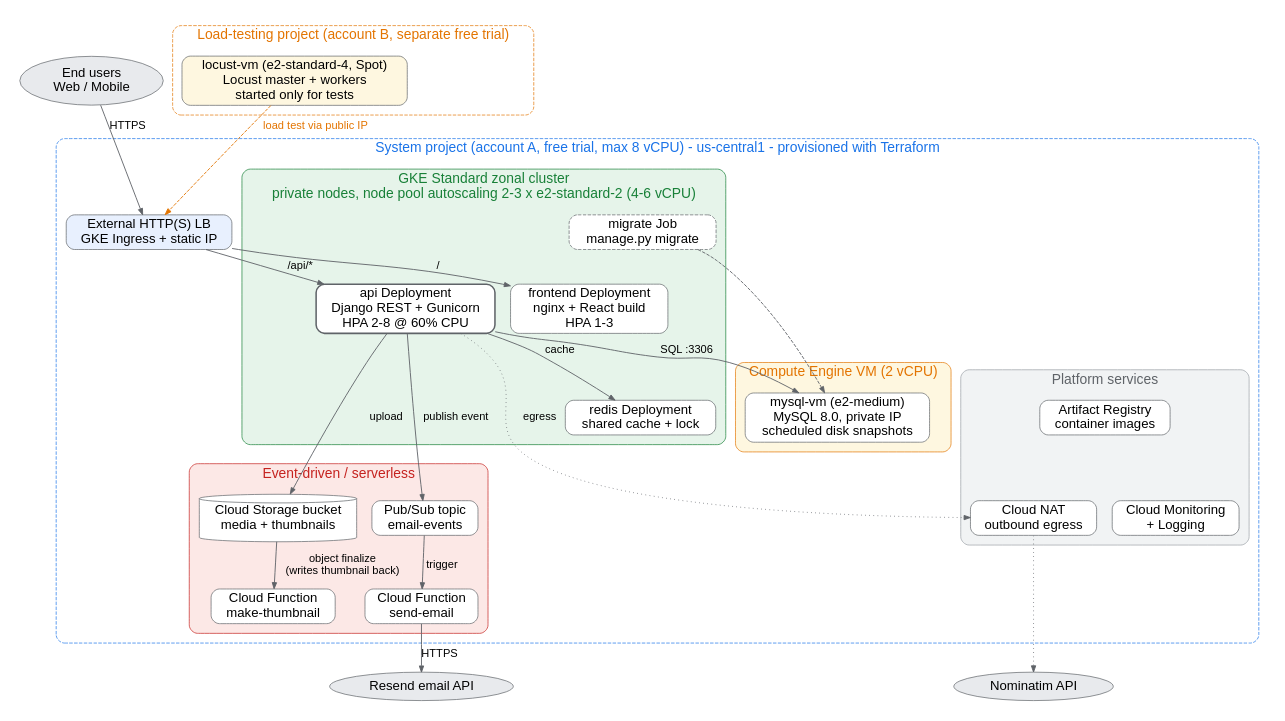
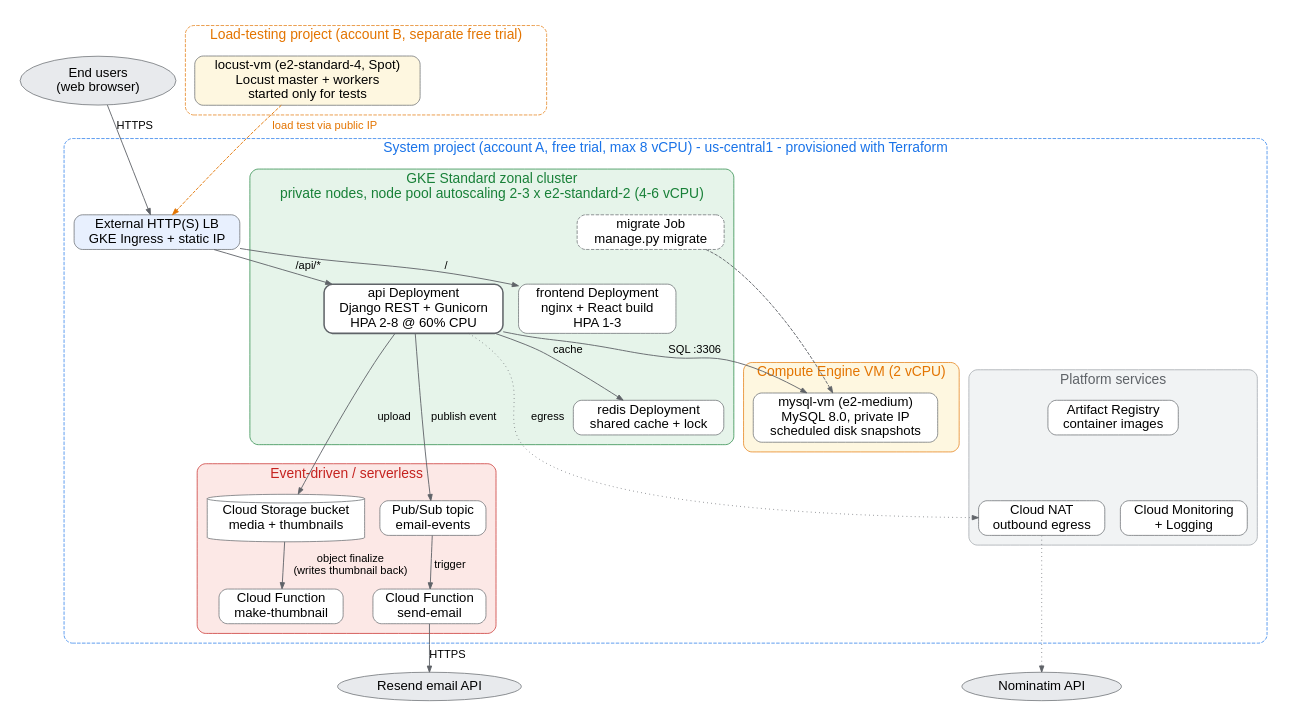
Before and after one commit to AysuKeskin/storymap-cloud-native: the diagram in docs/phase1/architecture.dot, drawn with Graphviz. The commit also changed 5 other files, not shown here.

```diff
--- a/docs/phase1/architecture.dot
+++ b/docs/phase1/architecture.dot
@@ -1,83 +1,83 @@
 digraph storymap_gcp {
   graph [rankdir=TB, fontname="Helvetica", fontsize=20, splines=true, nodesep=0.3, ranksep=0.45, pad=0.3, newrank=true, compound=true];
   node  [shape=box, style="rounded,filled", fontname="Helvetica", fontsize=19, fillcolor="#ffffff", color="#5f6368", margin="0.15,0.06"];
   edge  [fontname="Helvetica", fontsize=16, color="#5f6368", arrowsize=0.9, penwidth=1.3];
 
   // ---------- clients ----------
-  users  [label="End users\nWeb / Mobile", shape=ellipse, fillcolor="#e8eaed", ];
+  users  [label="End users\n(web browser)", shape=ellipse, fillcolor="#e8eaed", ];
 
   subgraph cluster_gcp {
     label="System project (account A, free trial, max 8 vCPU) - us-central1 - provisioned with Terraform";
     style="rounded,dashed"; color="#1a73e8"; fontcolor="#1a73e8"; margin=14;
 
     lb [label="External HTTP(S) LB\nGKE Ingress + static IP", fillcolor="#e8f0fe"];
 
     subgraph cluster_gke {
       label="GKE Standard zonal cluster\nprivate nodes, node pool autoscaling 2-3 x e2-standard-2 (4-6 vCPU)";
       style="rounded,filled"; fillcolor="#e6f4ea"; color="#188038"; fontcolor="#188038";
       frontend [label="frontend Deployment\nnginx + React build\nHPA 1-3"];
       api      [label="api Deployment\nDjango REST + Gunicorn\nHPA 2-8 @ 60% CPU", penwidth=2.2];
       redis    [label="redis Deployment\nshared cache + lock"];
       migrate  [label="migrate Job\nmanage.py migrate", style="rounded,dashed,filled"];
     }
 
     subgraph cluster_vms {
       label="Compute Engine VM (2 vCPU)";
       style="rounded,filled"; fillcolor="#fef7e0"; color="#e37400"; fontcolor="#e37400";
       mysql  [label="mysql-vm (e2-medium)\nMySQL 8.0, private IP\nscheduled disk snapshots"];
     }
 
     subgraph cluster_serverless {
       label="Event-driven / serverless";
       style="rounded,filled"; fillcolor="#fce8e6"; color="#c5221f"; fontcolor="#c5221f";
       gcs      [label="Cloud Storage bucket\nmedia + thumbnails", shape=cylinder, fillcolor="#ffffff"];
       fn_thumb [label="Cloud Function\nmake-thumbnail"];
       pubsub   [label="Pub/Sub topic\nemail-events"];
       fn_email [label="Cloud Function\nsend-email"];
     }
 
     subgraph cluster_ops {
       label="Platform services";
       style="rounded,filled"; fillcolor="#f1f3f4"; color="#9aa0a6"; fontcolor="#5f6368";
       ar  [label="Artifact Registry\ncontainer images"];
       nat [label="Cloud NAT\noutbound egress"];
       mon [label="Cloud Monitoring\n+ Logging"];
     }
   }
 
   subgraph cluster_loadtest {
     label="Load-testing project (account B, separate free trial)";
     style="rounded,dashed"; color="#e37400"; fontcolor="#e37400"; margin=14;
     locust [label="locust-vm (e2-standard-4, Spot)\nLocust master + workers\nstarted only for tests", fillcolor="#fef7e0"];
   }
 
   nominatim [label="Nominatim API", shape=ellipse, fillcolor="#e8eaed", ];
   resend    [label="Resend email API", shape=ellipse, fillcolor="#e8eaed", ];
 
   // ---------- ranks (left -> right) ----------
   { rank=same; users; locust; }
   { rank=same; lb; migrate; }
   { rank=same; frontend; api; }
   { rank=same; redis; mysql; ar; }
   { rank=same; gcs; pubsub; nat; mon; }
   { rank=same; fn_thumb; fn_email; }
   { rank=same; nominatim; resend; }
 
   // ---------- flows ----------
   users  -> lb [label="HTTPS"];
   locust -> lb [label="load test via public IP", style=dashed, color="#e37400", fontcolor="#e37400"];
   lb -> frontend [label="/"];
   lb -> api [label="/api/*"];
   api -> redis [label="cache"];
   api -> mysql [label="SQL :3306"];
   migrate -> mysql [style=dashed];
   api -> gcs [label="upload"];
   api -> pubsub [label="publish event"];
   gcs -> fn_thumb [label="object finalize\n(writes thumbnail back)"];
   pubsub -> fn_email [label="trigger"];
   fn_email -> resend [label="HTTPS"];
   api -> nat [label="egress", style=dotted];
   nat -> nominatim [style=dotted];
   ar -> mon [style=invis];
   redis -> ar [style=invis];
 }
```
